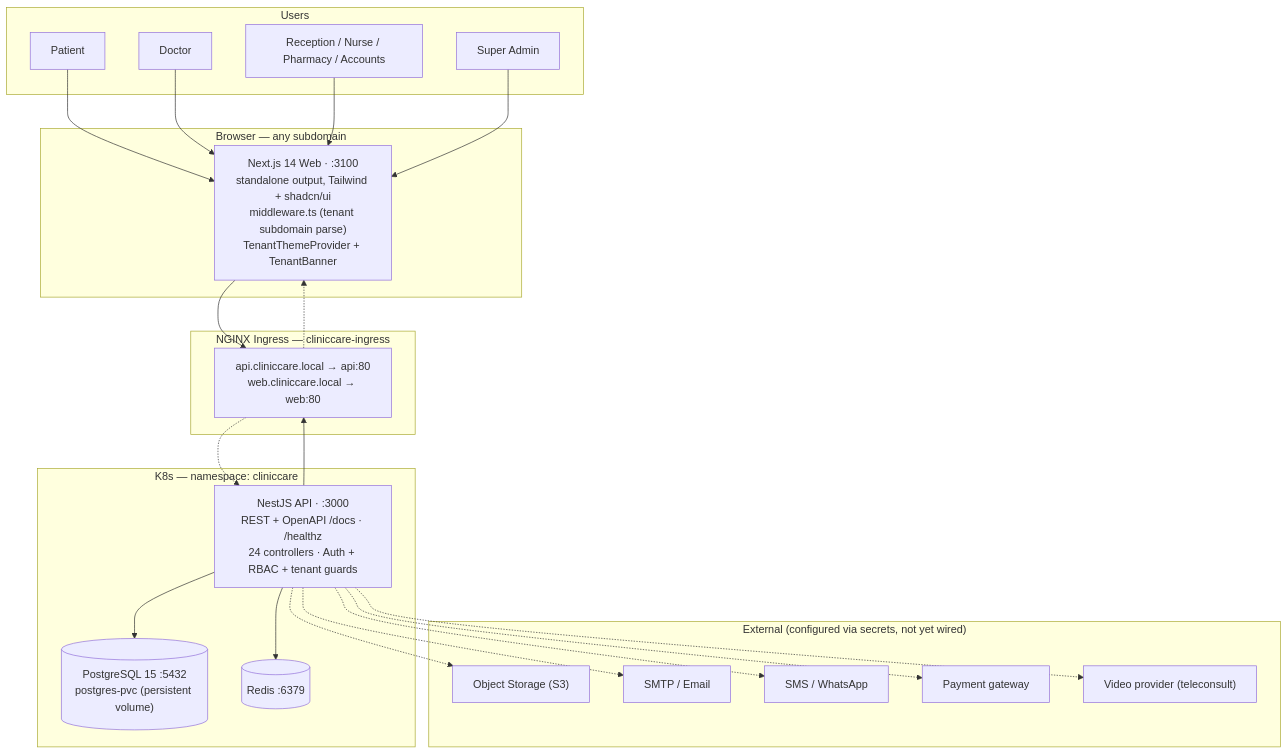
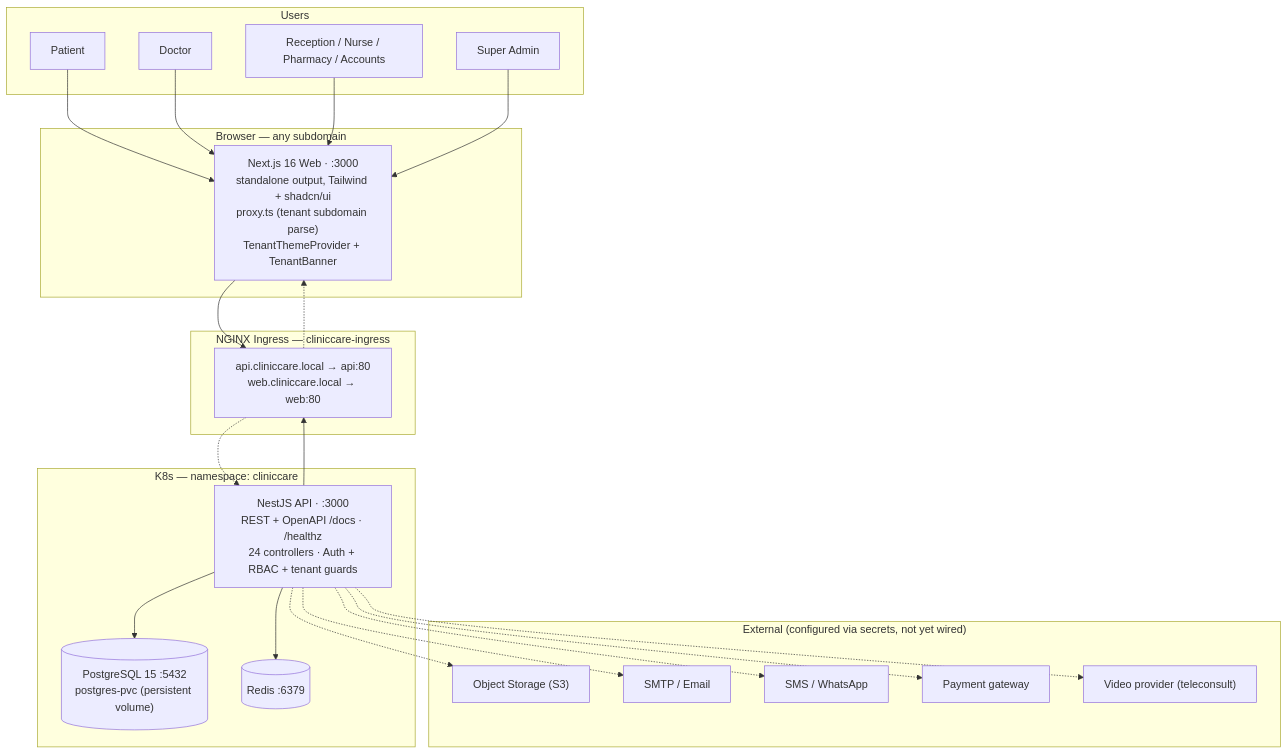
One commit to Pankajshukla2282/cliniccare changed the first of 9 diagrams in docs/diagrams/architecture-diagrams.md. Above: the diagram before and after it, drawn with Mermaid. The commit also changed other lines of this file and 57 other files, not shown here.

````diff
--- a/docs/diagrams/architecture-diagrams.md
+++ b/docs/diagrams/architecture-diagrams.md
@@ -18,49 +18,49 @@
 ```mermaid
 flowchart TB
   subgraph USERS["Users"]
     PAT["Patient"]
     DOC["Doctor"]
     STAFF["Reception / Nurse / Pharmacy / Accounts"]
     SA["Super Admin"]
   end
 
   subgraph BROWSER["Browser — any subdomain"]
-    WEB["Next.js 14 Web · :3100<br/>standalone output, Tailwind + shadcn/ui<br/>middleware.ts (tenant subdomain parse)<br/>TenantThemeProvider + TenantBanner"]
+    WEB["Next.js 16 Web · :3000<br/>standalone output, Tailwind + shadcn/ui<br/>proxy.ts (tenant subdomain parse)<br/>TenantThemeProvider + TenantBanner"]
   end
 
   subgraph INGRESS["NGINX Ingress — cliniccare-ingress"]
     ING["api.cliniccare.local → api:80<br/>web.cliniccare.local → web:80"]
   end
 
   subgraph CLUSTER["K8s — namespace: cliniccare"]
     API["NestJS API · :3000<br/>REST + OpenAPI /docs · /healthz<br/>24 controllers · Auth + RBAC + tenant guards"]
     PG[("PostgreSQL 15 :5432<br/>postgres-pvc (persistent volume)")]
     RD[("Redis :6379")]
   end
 
   subgraph EXT["External (configured via secrets, not yet wired) "]
     S3["Object Storage (S3)"]
     SMTP["SMTP / Email"]
     SMSWP["SMS / WhatsApp"]
     PAY["Payment gateway"]
     VID["Video provider (teleconsult)"]
   end
 
   PAT --> WEB
   DOC --> WEB
   STAFF --> WEB
   SA --> WEB
 
   WEB --> ING
   API --> ING
   ING -.-> WEB
   ING -.-> API
 
   API --> PG
   API --> RD
   API -.-> S3
   API -.-> SMTP
   API -.-> SMSWP
   API -.-> PAY
   API -.-> VID
 ```
````
